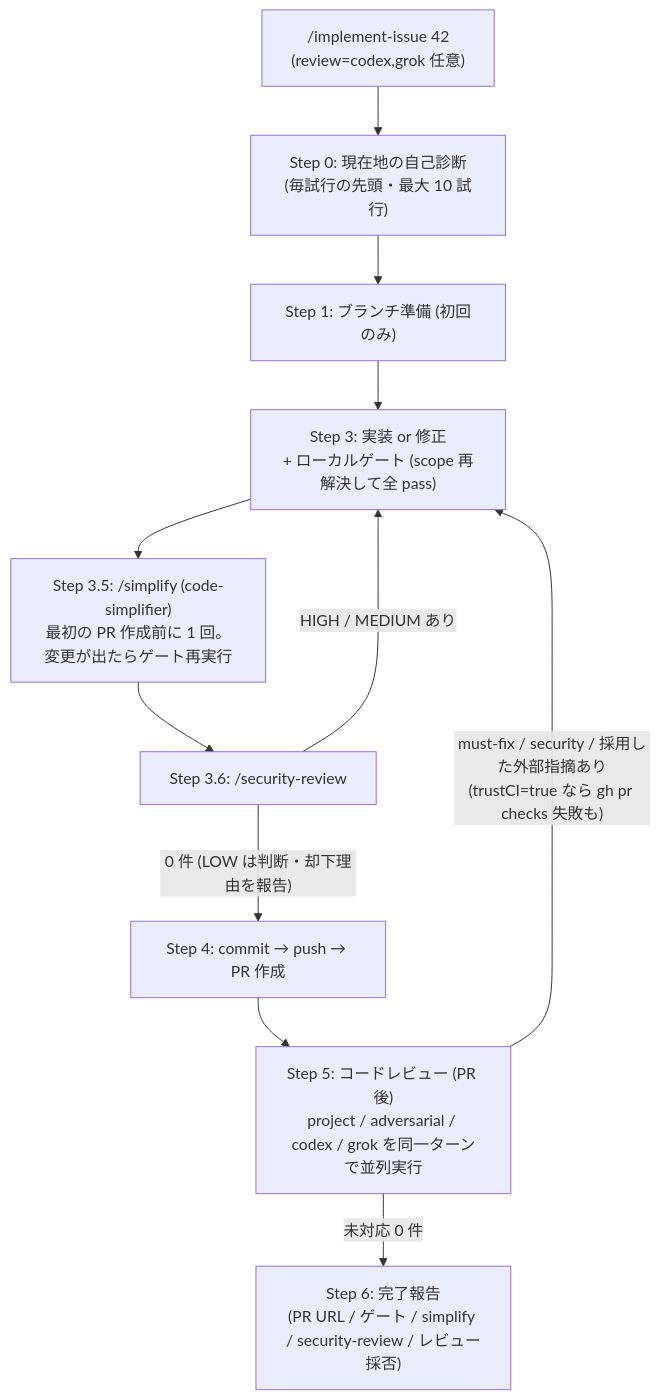
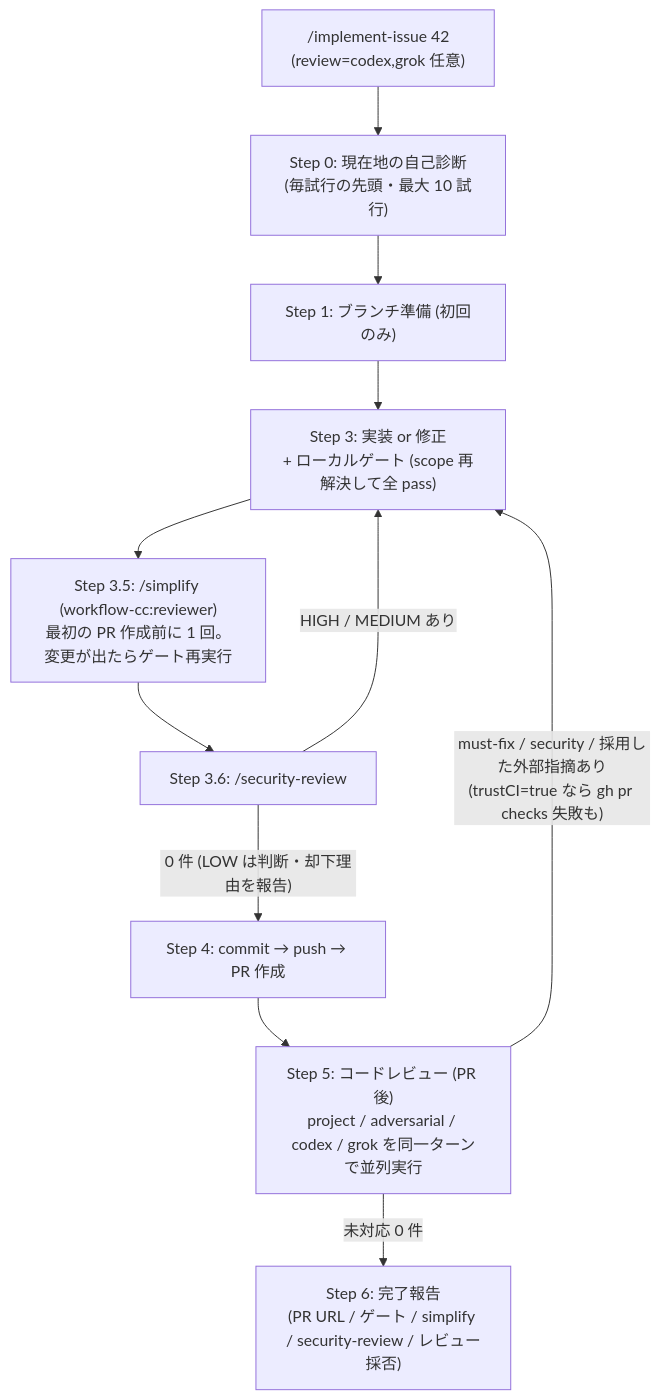
The first of 3 diagrams in plugins/workflow-cc/README.md (taichi0529/plugins-cc), drawn with Mermaid before and after one commit. The commit also changed other lines of this file and 8 other files, not shown here.

````diff
--- a/plugins/workflow-cc/README.md
+++ b/plugins/workflow-cc/README.md
@@ -20,13 +20,13 @@
 ```mermaid
 flowchart TD
     A["/implement-issue 42<br/>(review=codex,grok 任意)"] --> D0["Step 0: 現在地の自己診断<br/>(毎試行の先頭・最大 10 試行)"]
     D0 --> S1["Step 1: ブランチ準備 (初回のみ)"]
     S1 --> S3["Step 3: 実装 or 修正<br/>+ ローカルゲート (scope 再解決して全 pass)"]
-    S3 --> S35["Step 3.5: /simplify (code-simplifier)<br/>最初の PR 作成前に 1 回。変更が出たらゲート再実行"]
+    S3 --> S35["Step 3.5: /simplify (workflow-cc:reviewer)<br/>最初の PR 作成前に 1 回。変更が出たらゲート再実行"]
     S35 --> S36["Step 3.6: /security-review"]
     S36 -- "HIGH / MEDIUM あり" --> S3
     S36 -- "0 件 (LOW は判断・却下理由を報告)" --> S4["Step 4: commit → push → PR 作成"]
     S4 --> S5["Step 5: コードレビュー (PR 後)<br/>project / adversarial / codex / grok を同一ターンで並列実行"]
     S5 -- "must-fix / security / 採用した外部指摘あり<br/>(trustCI=true なら gh pr checks 失敗も)" --> S3
     S5 -- "未対応 0 件" --> S6["Step 6: 完了報告<br/>(PR URL / ゲート / simplify / security-review / レビュー採否)"]
 ```
````
